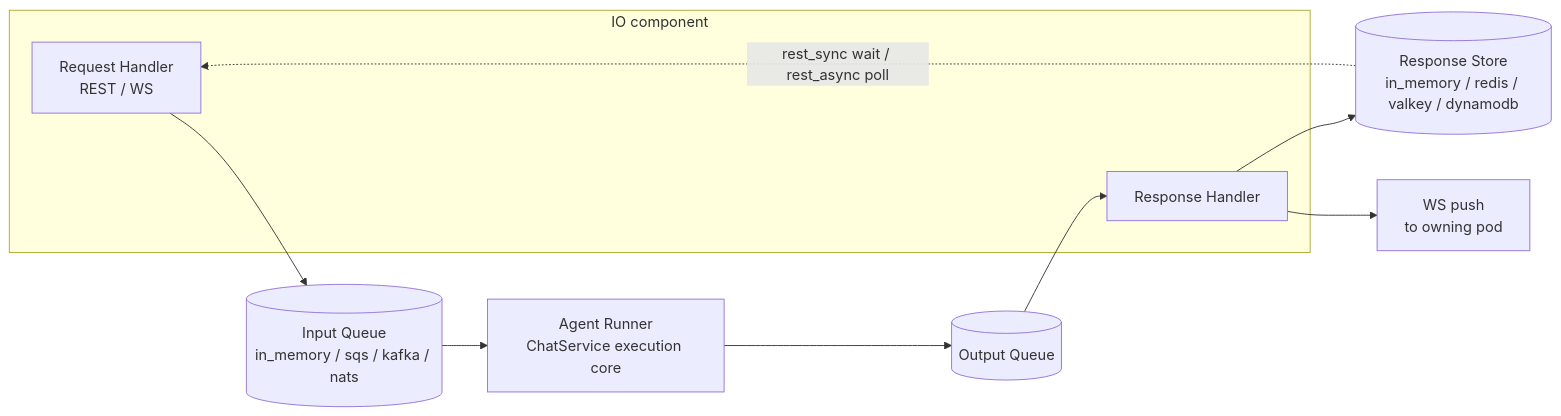
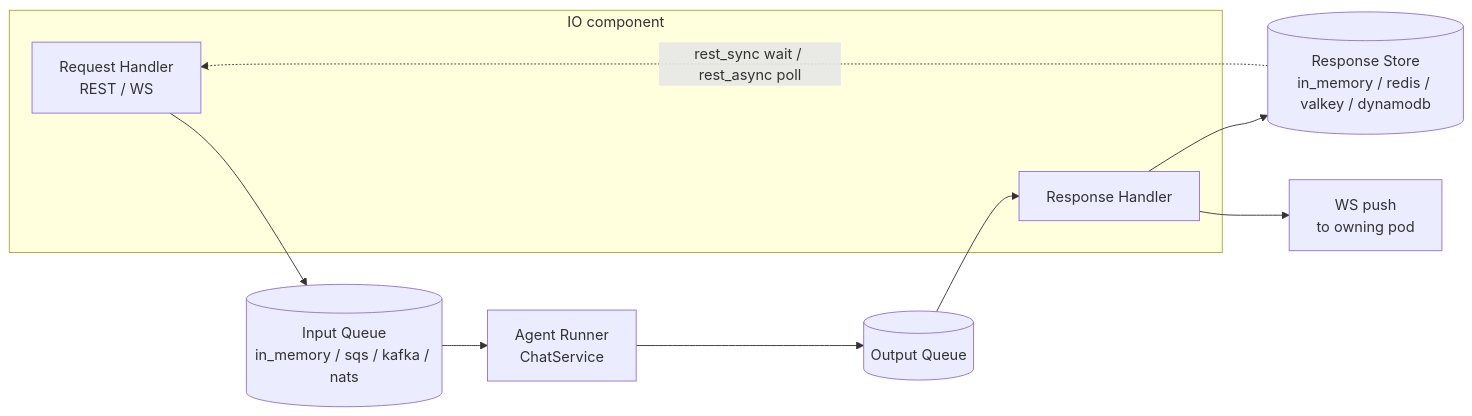
Before and after one commit to yaalalabs/agent-kernel: the diagram in docs/specs/495-onprem-kubernetes/design.md, drawn with Mermaid. The commit also changed other lines of this file and 10 other files, not shown here.

````diff
--- a/docs/specs/495-onprem-kubernetes/design.md
+++ b/docs/specs/495-onprem-kubernetes/design.md
@@ -94,14 +97,14 @@
 ```mermaid
 flowchart LR
     subgraph IO["IO component"]
         RH[Request Handler<br/>REST / WS]
         RESP[Response Handler]
     end
     RH --> IN[(Input Queue<br/>in_memory / sqs / kafka / nats)]
-    IN --> AR[Agent Runner<br/>ChatService execution core]
+    IN --> AR[Agent Runner<br/>ChatService]
     AR --> OUT[(Output Queue)]
     OUT --> RESP
     RESP --> RS[(Response Store<br/>in_memory / redis / valkey / dynamodb)]
     RESP --> WS[WS push<br/>to owning pod]
     RS -.->|rest_sync wait / rest_async poll| RH
 ```
````
